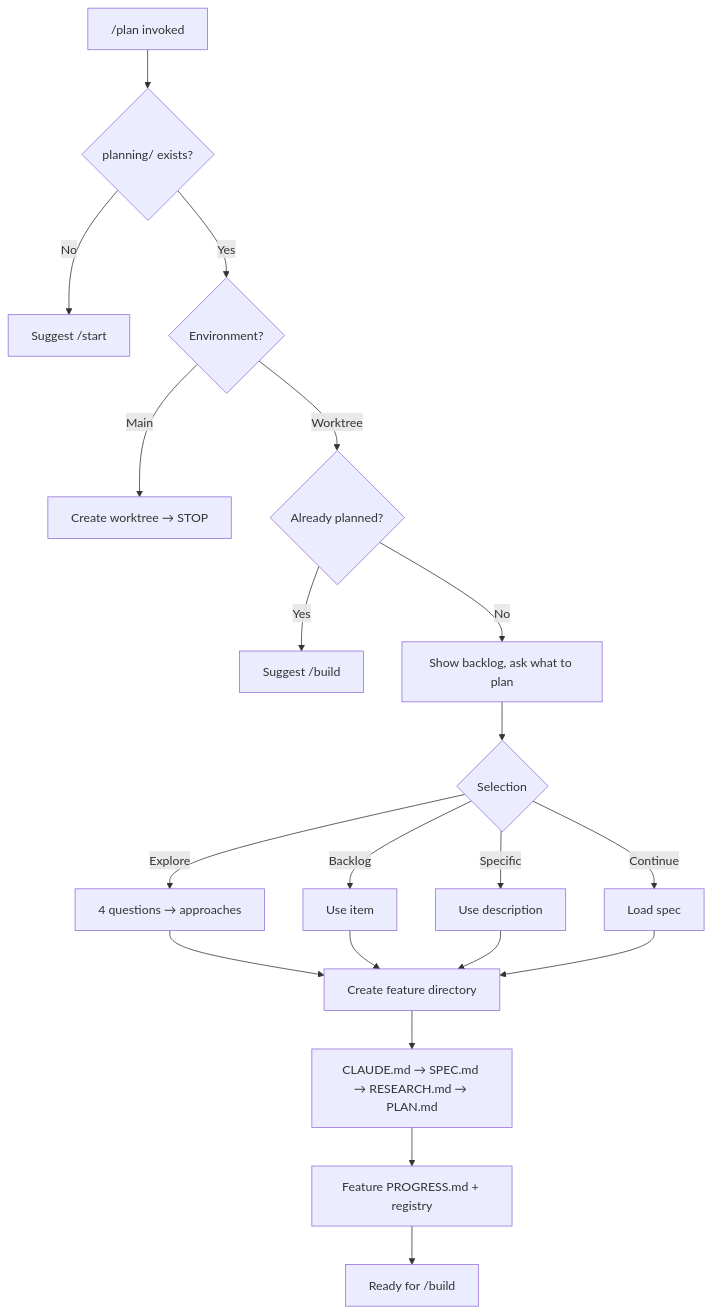
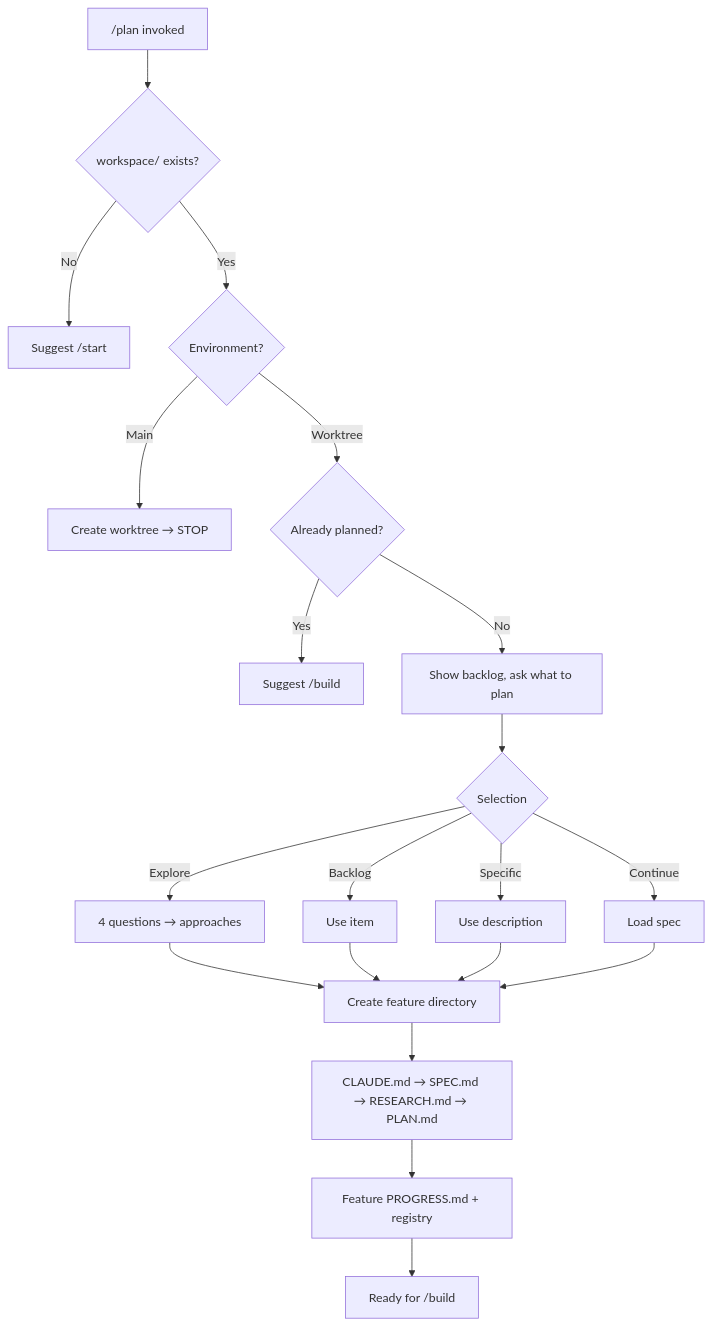
Before and after one commit to royhenengel/Claude-Customizations: the second of 4 diagrams in skills/Planning/my-workflow/docs/workflow-scenario-maps.md, drawn with Mermaid. The commit also changed other lines of this file and 297 other files, not shown here.

First line of the commit message:
refactor: restructure planning/ to workspace/, specs/ to features/, consolidate docs/ and archive/

````diff
--- a/skills/Planning/my-workflow/docs/workflow-scenario-maps.md
+++ b/skills/Planning/my-workflow/docs/workflow-scenario-maps.md
@@ -118,27 +118,27 @@
 ```mermaid
 flowchart TD
-    START["/plan invoked"] --> PREREQ{"planning/ exists?"}
+    START["/plan invoked"] --> PREREQ{"workspace/ exists?"}
     PREREQ -->|"No"| SUGGEST_START["Suggest /start"]
     PREREQ -->|"Yes"| ENV{"Environment?"}
 
     ENV -->|"Main"| REDIRECT["Create worktree → STOP"]
     ENV -->|"Worktree"| CHECK{"Already planned?"}
 
     CHECK -->|"Yes"| BUILD["Suggest /build"]
     CHECK -->|"No"| SELECT["Show backlog, ask what to plan"]
 
     SELECT --> TYPE{"Selection"}
     TYPE -->|"Explore"| CLARIFY["4 questions → approaches"]
     TYPE -->|"Backlog"| USE_BL["Use item"]
     TYPE -->|"Specific"| USE_DESC["Use description"]
     TYPE -->|"Continue"| USE_SPEC["Load spec"]
 
     CLARIFY --> CREATE["Create feature directory"]
     USE_BL --> CREATE
     USE_DESC --> CREATE
     USE_SPEC --> CREATE
 
     CREATE --> DOCS["CLAUDE.md → SPEC.md → RESEARCH.md → PLAN.md"]
     DOCS --> STATE["Feature PROGRESS.md + registry"]
     STATE --> DONE["Ready for /build"]
 ```
````
